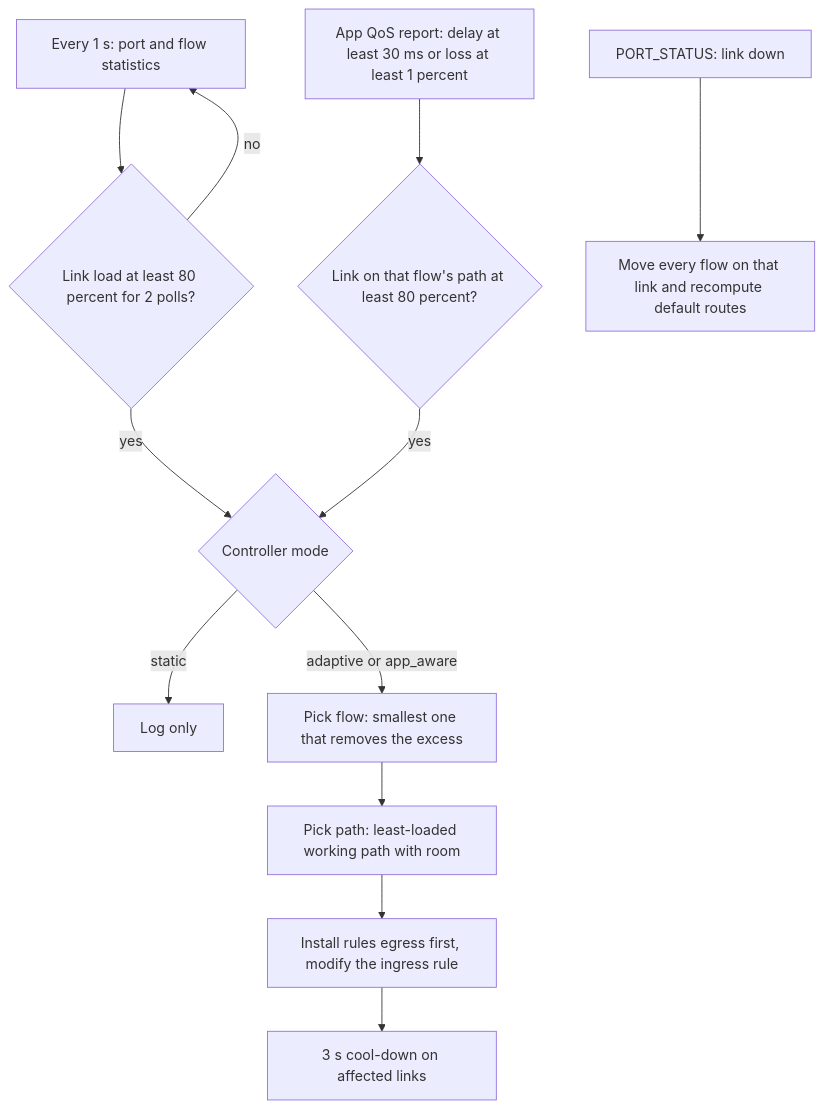
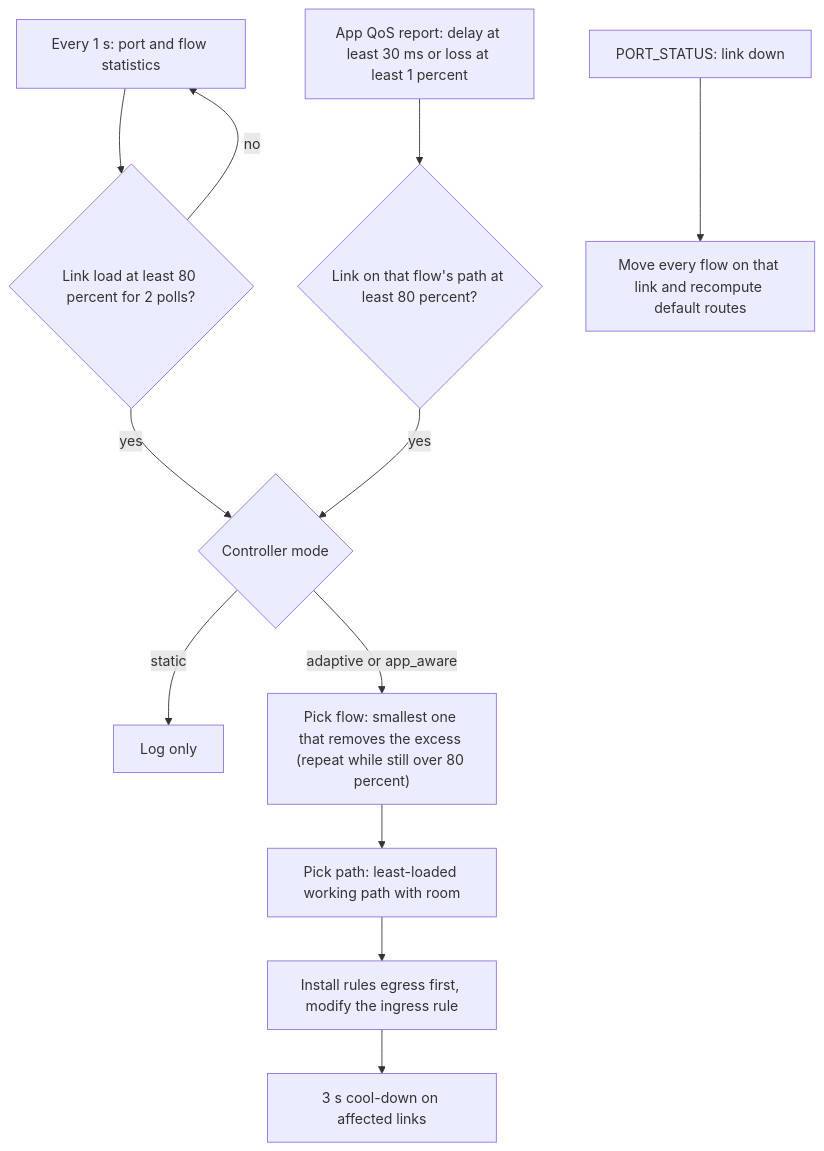
The third of 3 diagrams in README.md (Soo-hum/CN_Group3_Congestion_Rerouting), drawn with Mermaid before and after one commit. The commit also changed other lines of this file and 387 other files, not shown here.

````diff
--- a/README.md
+++ b/README.md
@@ -160,14 +167,14 @@
 ```mermaid
 flowchart TD
     A["Every 1 s: port and flow statistics"] --> B{"Link load at least 80 percent for 2 polls?"}
     Q["App QoS report: delay at least 30 ms or loss at least 1 percent"] --> R{"Link on that flow's path at least 80 percent?"}
     B -->|no| A
     B -->|yes| D{"Controller mode"}
     R -->|yes| D
     D -->|static| L["Log only"]
-    D -->|adaptive or app_aware| E["Pick flow: smallest one that removes the excess"]
+    D -->|adaptive or app_aware| E["Pick flow: smallest one that removes the excess (repeat while still over 80 percent)"]
     E --> F["Pick path: least-loaded working path with room"]
     F --> G["Install rules egress first, modify the ingress rule"]
     G --> H["3 s cool-down on affected links"]
     X["PORT_STATUS: link down"] --> Y["Move every flow on that link and recompute default routes"]
 ```
````
